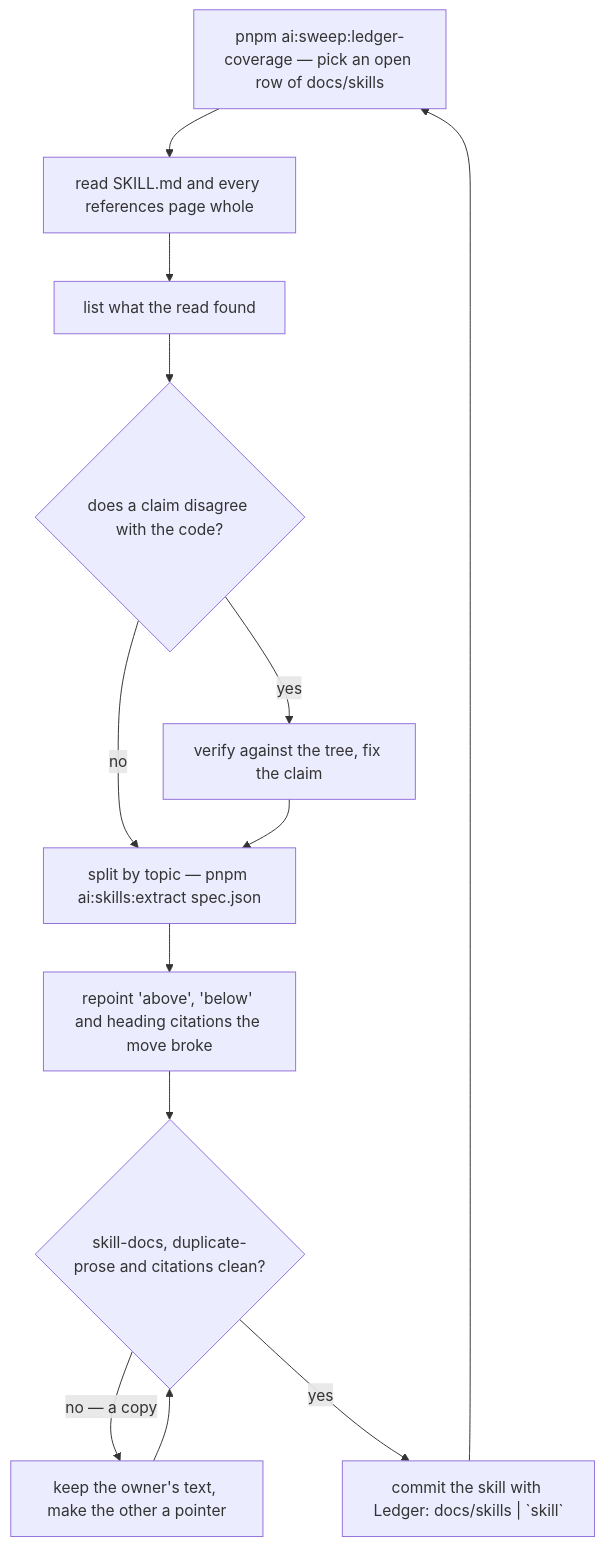
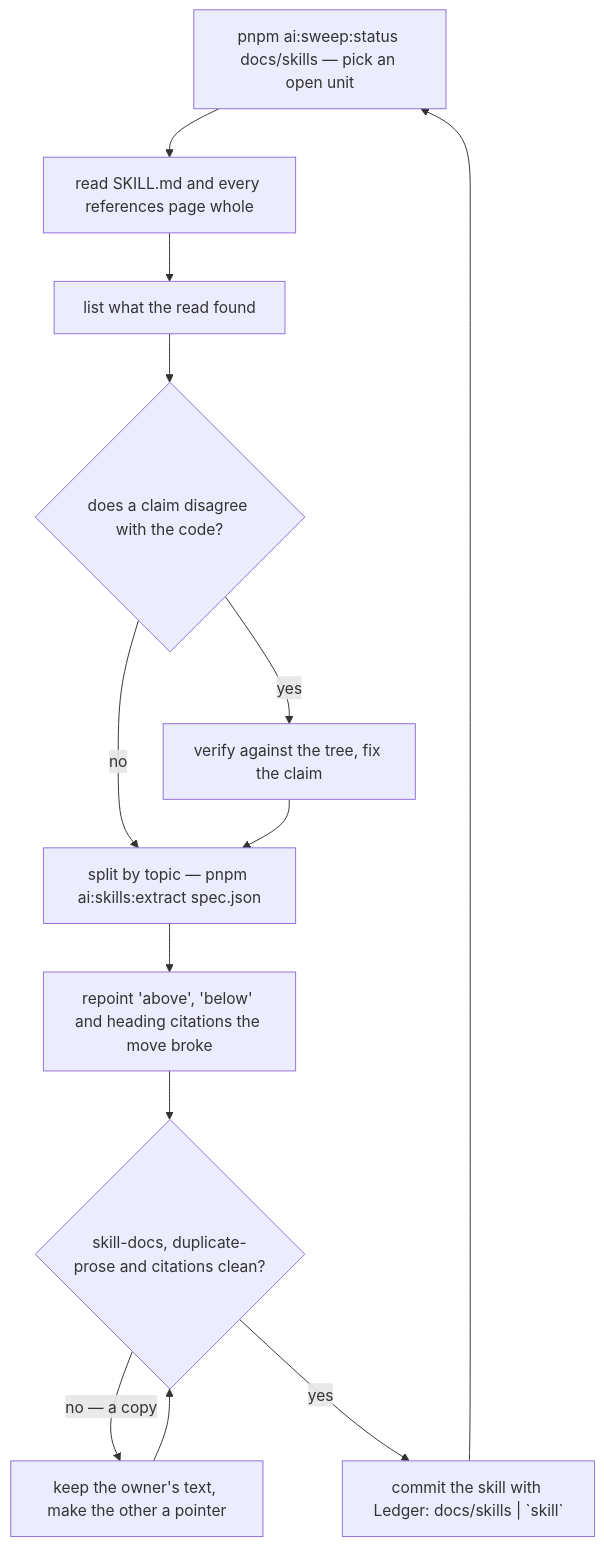
Before and after one commit to Esposter/Esposter: the diagram in .agents/skills/skill-authoring/references/skill-pass.md, drawn with Mermaid. The commit also changed other lines of this file and 28 other files, not shown here.

First line of the commit message:
docs(sweeps): the sweeps skill reads coverage from the trailers, a clean unit rides a record commit, and a rule change reopens only its recipe's hits

````diff
--- a/.agents/skills/skill-authoring/references/skill-pass.md
+++ b/.agents/skills/skill-authoring/references/skill-pass.md
@@ -5,15 +5,15 @@
 ```mermaid
 flowchart TD
-  QUEUE["pnpm ai:sweep:ledger-coverage — pick an open row of docs/skills"] --> READ["read SKILL.md and every references page whole"]
+  QUEUE["pnpm ai:sweep:status docs/skills — pick an open unit"] --> READ["read SKILL.md and every references page whole"]
   READ --> FIND["list what the read found"]
   FIND --> STALE{"does a claim disagree with the code?"}
   STALE -->|"yes"| VERIFY["verify against the tree, fix the claim"]
   STALE -->|"no"| SPLIT
   VERIFY --> SPLIT["split by topic — pnpm ai:skills:extract spec.json"]
   SPLIT --> POINT["repoint 'above', 'below' and heading citations the move broke"]
   POINT --> CHECK{"skill-docs, duplicate-prose and citations clean?"}
   CHECK -->|"no — a copy"| OWNER["keep the owner's text, make the other a pointer"]
   OWNER --> CHECK
   CHECK -->|"yes"| COMMIT["commit the skill with Ledger: docs/skills | `skill`"]
   COMMIT --> QUEUE
 ```
````
